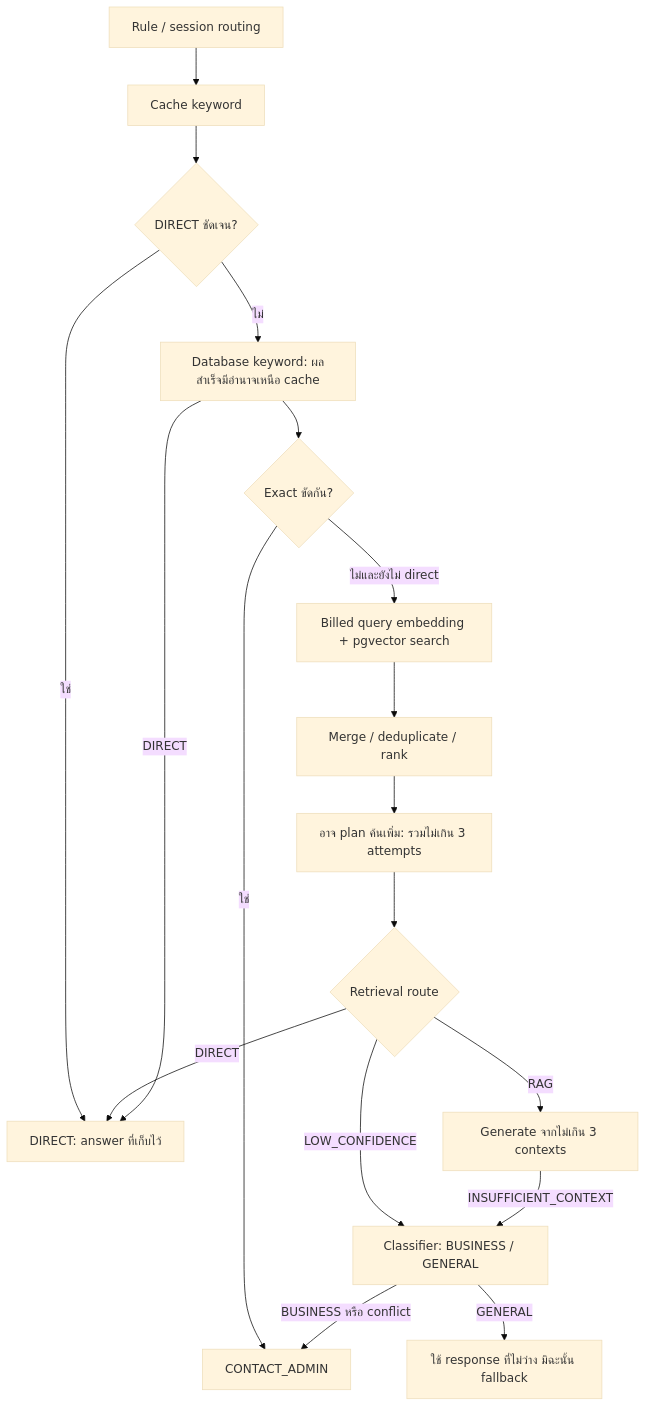
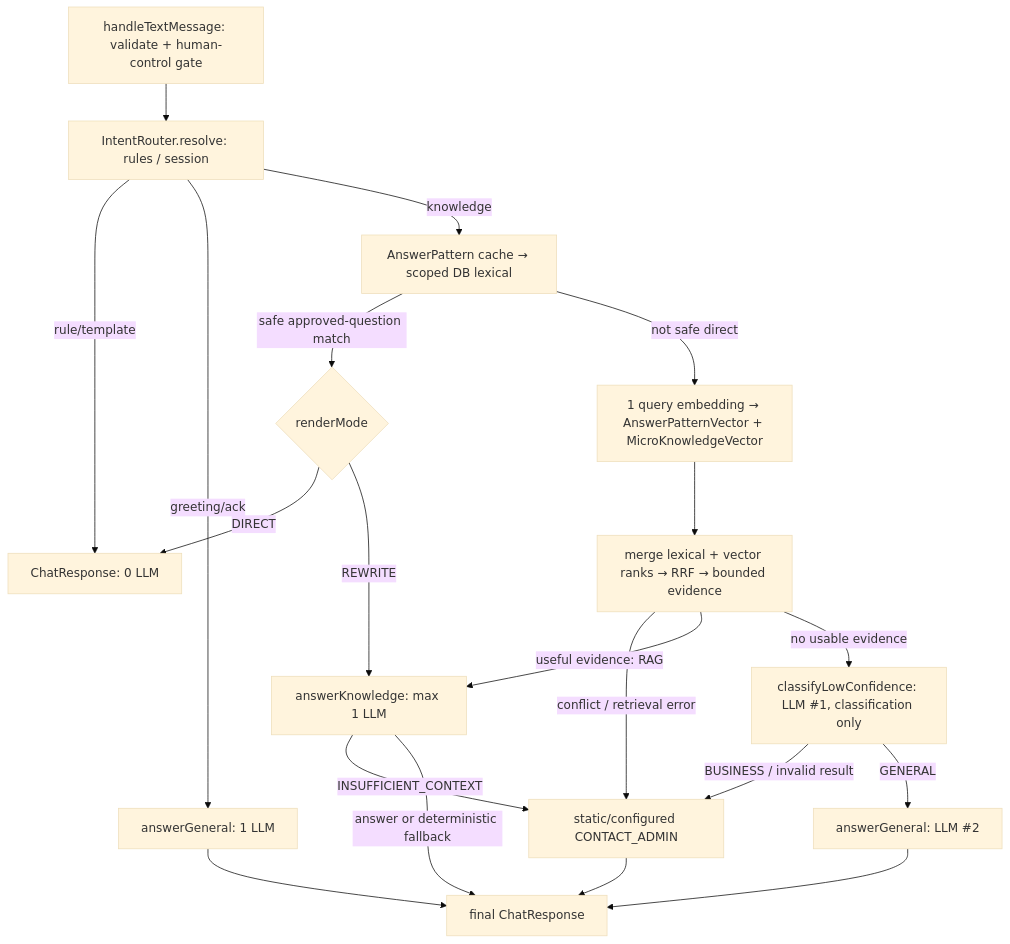
The third of 8 diagrams in docs/mvp-line-rag-billing-flow.md (Codeine999/chatbot-agents), drawn with Mermaid (base theme) before and after one commit. The commit also changed other lines of this file and 57 other files, not shown here.

````diff
--- a/docs/mvp-line-rag-billing-flow.md
+++ b/docs/mvp-line-rag-billing-flow.md
@@ -131,20 +133,22 @@
 ```mermaid
 flowchart TD
-    R["Rule / session routing"] --> K["Cache keyword"]
-    K --> FAST{"DIRECT ชัดเจน?"}
-    FAST -->|ใช่| D["DIRECT: answer ที่เก็บไว้"]
-    FAST -->|ไม่| DB["Database keyword: ผลสำเร็จมีอำนาจเหนือ cache"]
-    DB --> EXACT{"Exact ขัดกัน?"}
-    EXACT -->|ใช่| HAND["CONTACT_ADMIN"]
-    EXACT -->|ไม่และยังไม่ direct| S["Billed query embedding + pgvector search"]
-    S --> MERGE["Merge / deduplicate / rank"]
-    MERGE --> PLAN["อาจ plan ค้นเพิ่ม: รวมไม่เกิน 3 attempts"]
-    PLAN --> ROUTE{"Retrieval route"}
-    ROUTE -->|DIRECT| D
-    ROUTE -->|RAG| GEN["Generate จากไม่เกิน 3 contexts"]
-    ROUTE -->|LOW_CONFIDENCE| C["Classifier: BUSINESS / GENERAL"]
-    GEN -->|INSUFFICIENT_CONTEXT| C
-    C -->|BUSINESS หรือ conflict| HAND
-    C -->|GENERAL| G["ใช้ response ที่ไม่ว่าง มิฉะนั้น fallback"]
-    DB -->|DIRECT| D
+    H["handleTextMessage: validate + human-control gate"] --> R["IntentRouter.resolve: rules / session"]
+    R -->|rule/template| T["ChatResponse: 0 LLM"]
+    R -->|greeting/ack| G["answerGeneral: 1 LLM"]
+    R -->|knowledge| K["AnswerPattern cache → scoped DB lexical"]
+    K -->|safe approved-question match| P{"renderMode"}
+    P -->|DIRECT| T
+    P -->|REWRITE| A["answerKnowledge: max 1 LLM"]
+    K -->|not safe direct| S["1 query embedding → AnswerPatternVector + MicroKnowledgeVector"]
+    S --> M["merge lexical + vector ranks → RRF → bounded evidence"]
+    M -->|conflict / retrieval error| HAND["static/configured CONTACT_ADMIN"]
+    M -->|useful evidence: RAG| A
+    M -->|no usable evidence| C["classifyLowConfidence: LLM #1, classification only"]
+    C -->|BUSINESS / invalid result| HAND
+    C -->|GENERAL| G2["answerGeneral: LLM #2"]
+    A -->|INSUFFICIENT_CONTEXT| HAND
+    A -->|answer or deterministic fallback| OUT["final ChatResponse"]
+    G --> OUT
+    G2 --> OUT
+    HAND --> OUT
 ```
````
